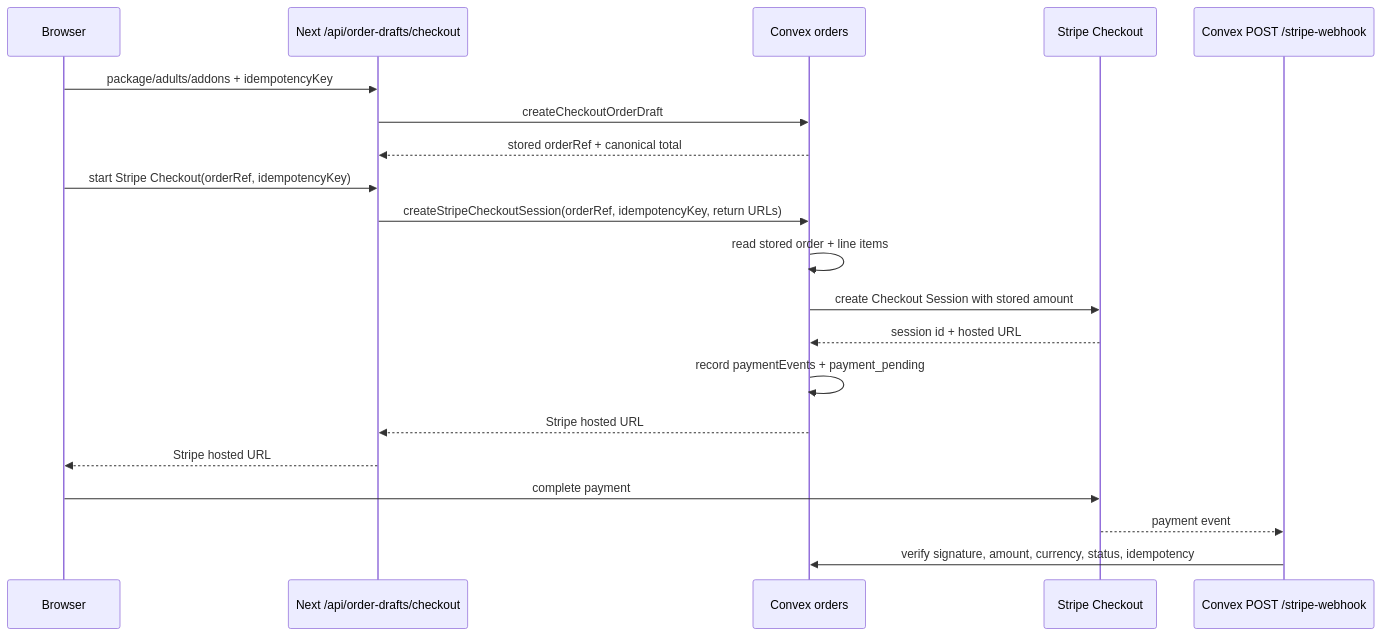
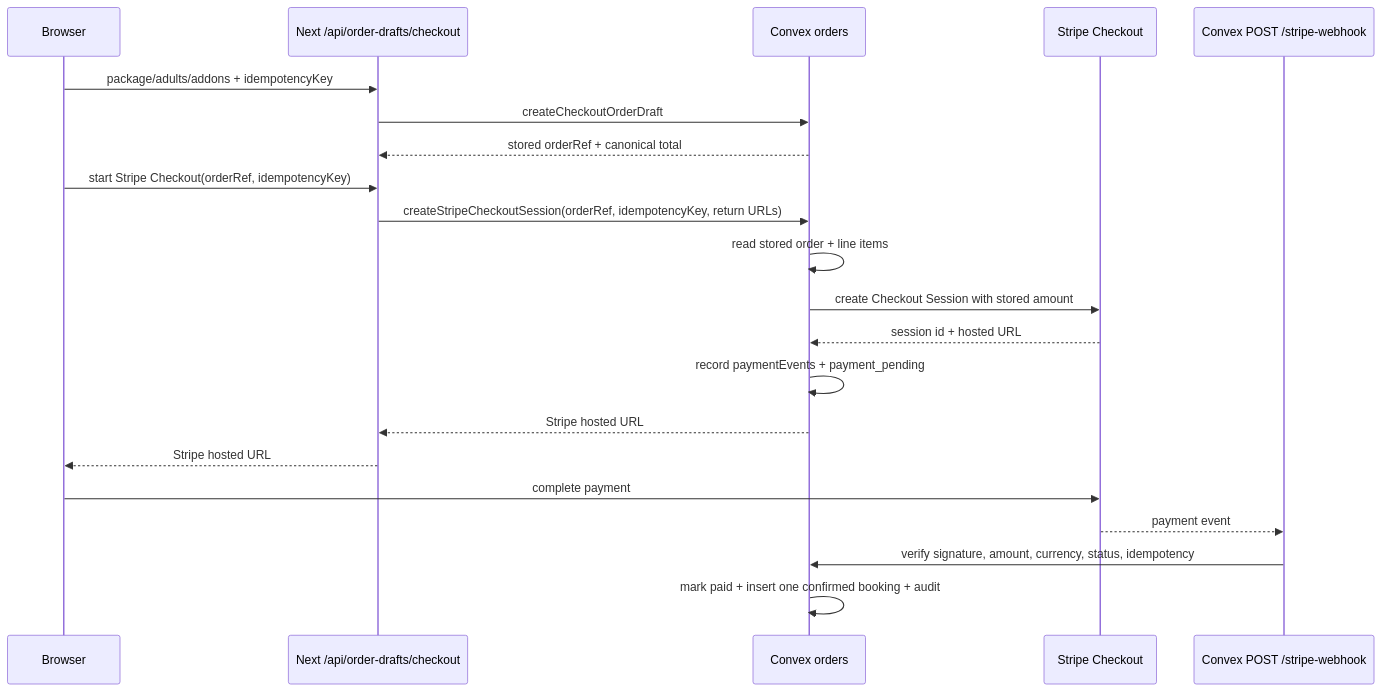
Before and after one commit to junyengit/skyla: the diagram in docs/runbooks/stripe-checkout-cutover.md, drawn with Mermaid. The commit also changed other lines of this file and 19 other files, not shown here.

````diff
--- a/docs/runbooks/stripe-checkout-cutover.md
+++ b/docs/runbooks/stripe-checkout-cutover.md
@@ -43,23 +45,24 @@
 ```mermaid
 sequenceDiagram
   participant Browser
   participant Next as Next /api/order-drafts/checkout
   participant Convex as Convex orders
   participant Stripe as Stripe Checkout
   participant Webhook as Convex POST /stripe-webhook
 
   Browser->>Next: package/adults/addons + idempotencyKey
   Next->>Convex: createCheckoutOrderDraft
   Convex-->>Next: stored orderRef + canonical total
   Browser->>Next: start Stripe Checkout(orderRef, idempotencyKey)
   Next->>Convex: createStripeCheckoutSession(orderRef, idempotencyKey, return URLs)
   Convex->>Convex: read stored order + line items
   Convex->>Stripe: create Checkout Session with stored amount
   Stripe-->>Convex: session id + hosted URL
   Convex->>Convex: record paymentEvents + payment_pending
   Convex-->>Next: Stripe hosted URL
   Next-->>Browser: Stripe hosted URL
   Browser->>Stripe: complete payment
   Stripe-->>Webhook: payment event
   Webhook->>Convex: verify signature, amount, currency, status, idempotency
+  Convex->>Convex: mark paid + insert one confirmed booking + audit
 ```
````
